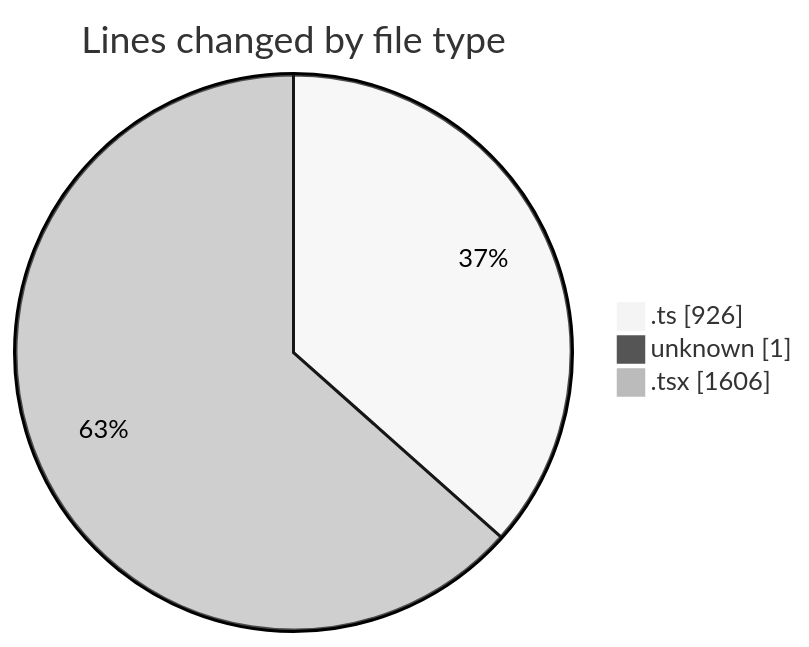
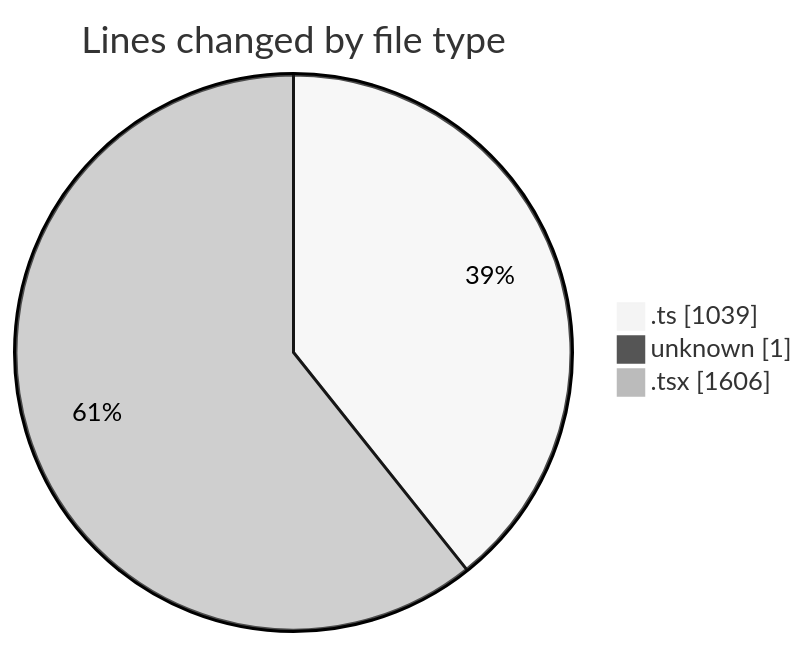
Before and after one commit to robertbonfada/code-tracking: the first of 2 diagrams in 2025-02-17/mbc-web/README.md, drawn with Mermaid (neutral theme). The commit also changed other lines of this file and 1 other file, not shown here.

````diff
--- a/2025-02-17/mbc-web/README.md
+++ b/2025-02-17/mbc-web/README.md
@@ -36,7 +37,7 @@
 ```mermaid
 pie showData
 title Lines changed by file type
-".ts" : 926
+".ts" : 1039
 "unknown" : 1
 ".tsx" : 1606
 ```
````
